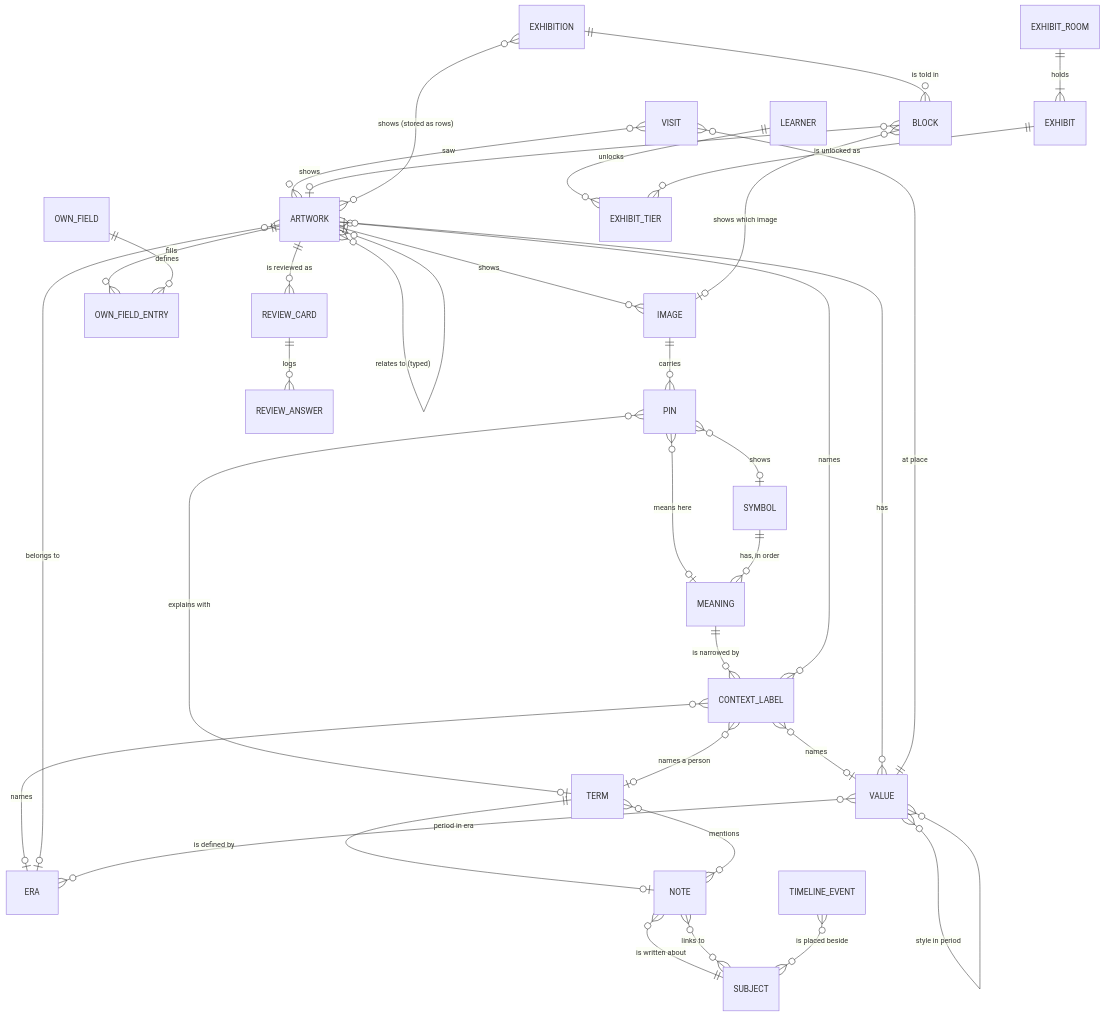
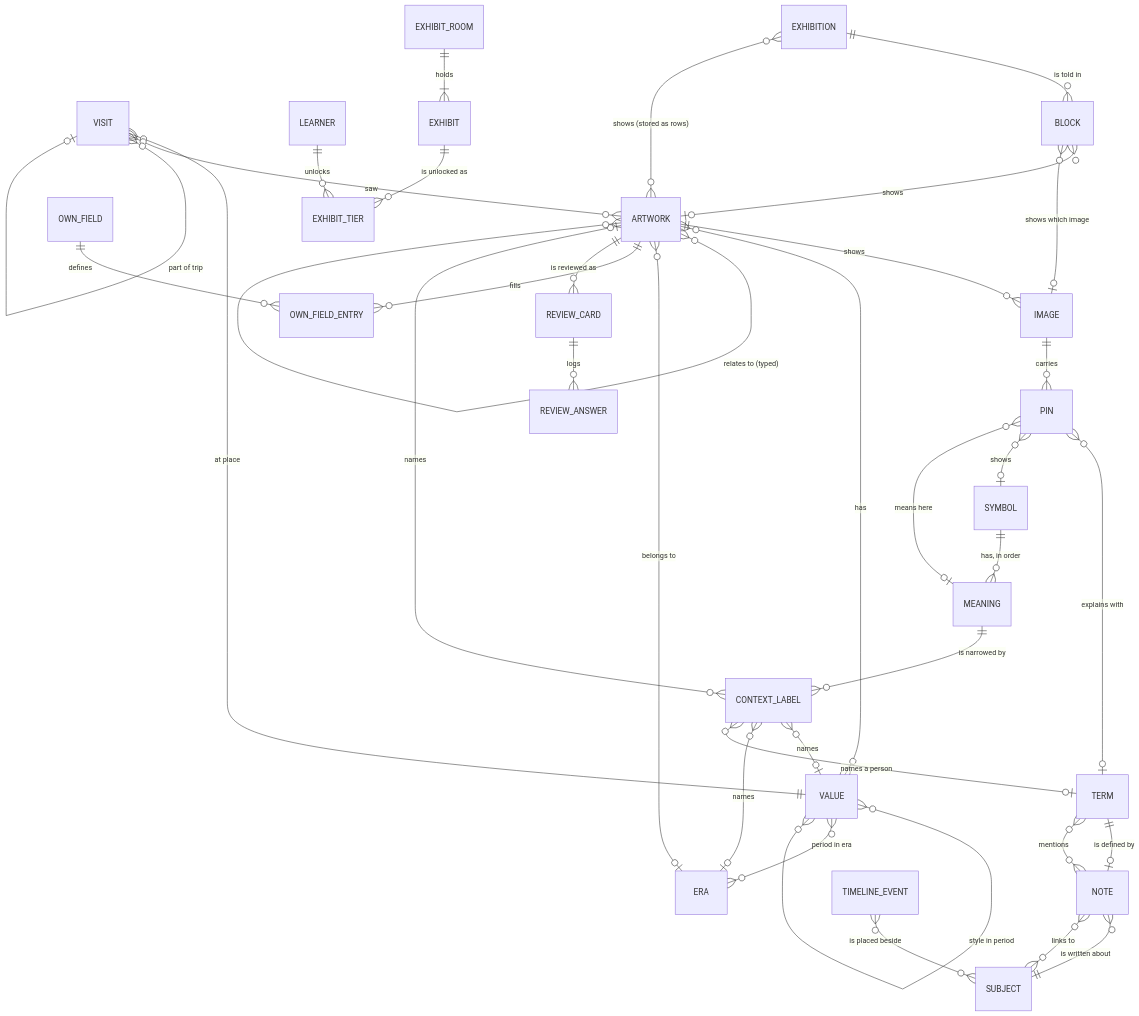
One commit to kamil-nawrot/study-atelier changed the diagram in docs/data-model/conceptual.md. Above: the diagram before and after it, drawn with Mermaid. The commit also changed other lines of this file and 6 other files, not shown here.

````diff
--- a/docs/data-model/conceptual.md
+++ b/docs/data-model/conceptual.md
@@ -5,38 +5,39 @@
 ```mermaid
 erDiagram
   ARTWORK ||--o{ IMAGE : "shows"
   IMAGE ||--o{ PIN : "carries"
   PIN }o--o| TERM : "explains with"
   PIN }o--o| SYMBOL : "shows"
   PIN }o--o| MEANING : "means here"
   SYMBOL ||--o{ MEANING : "has, in order"
   MEANING ||--o{ CONTEXT_LABEL : "is narrowed by"
   CONTEXT_LABEL }o--o| VALUE : "names"
   CONTEXT_LABEL }o--o| ERA : "names"
   CONTEXT_LABEL }o--o| ARTWORK : "names"
   CONTEXT_LABEL }o--o| TERM : "names a person"
   ARTWORK }o--o{ VALUE : "has"
   ARTWORK }o--o{ ARTWORK : "relates to (typed)"
   VALUE }o--o{ VALUE : "author relates to author (typed)"
   ARTWORK }o--o| ERA : "belongs to"
   VALUE }o--o{ ERA : "period in era"
   VALUE }o--o{ VALUE : "style in period"
   ARTWORK ||--o{ OWN_FIELD_ENTRY : "fills"
   OWN_FIELD ||--o{ OWN_FIELD_ENTRY : "defines"
   VISIT }o--|| VALUE : "at place"
   VISIT }o--o{ ARTWORK : "saw"
+  VISIT }o--o| VISIT : "part of trip"
   NOTE }o--|| SUBJECT : "is written about"
   NOTE }o--o{ SUBJECT : "links to"
   NOTE }o--o{ TERM : "mentions"
   TERM ||--o| NOTE : "is defined by"
   ARTWORK ||--o{ REVIEW_CARD : "is reviewed as"
   REVIEW_CARD ||--o{ REVIEW_ANSWER : "logs"
   LEARNER ||--o{ EXHIBIT_TIER : "unlocks"
   EXHIBIT ||--o{ EXHIBIT_TIER : "is unlocked as"
   EXHIBIT_ROOM ||--|{ EXHIBIT : "holds"
   TIMELINE_EVENT }o--o{ SUBJECT : "is placed beside"
   EXHIBITION ||--o{ BLOCK : "is told in"
   BLOCK }o--o| ARTWORK : "shows"
   BLOCK }o--o| IMAGE : "shows which image"
   EXHIBITION }o--o{ ARTWORK : "shows (stored as rows)"
 ```
````
